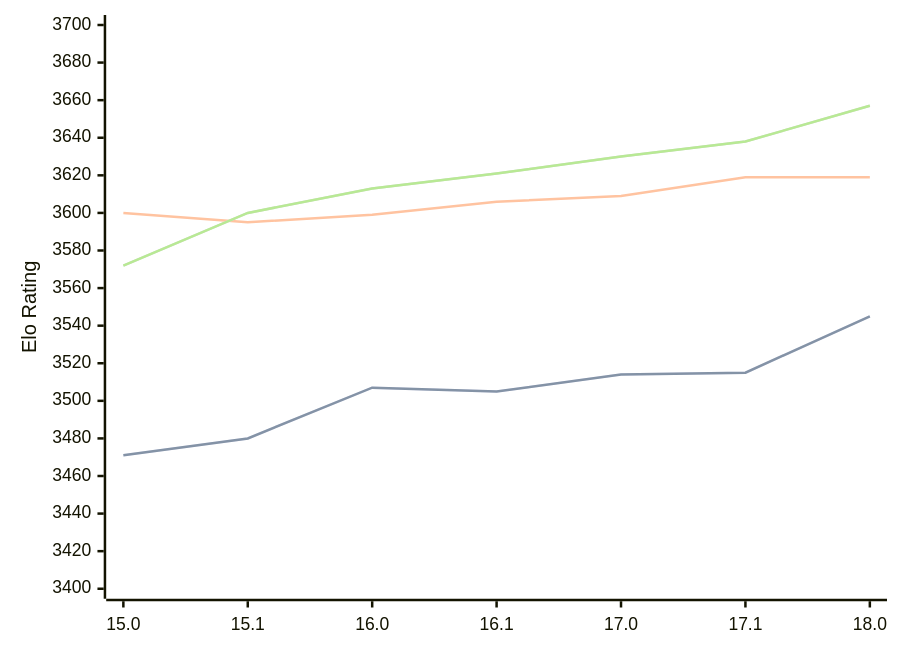
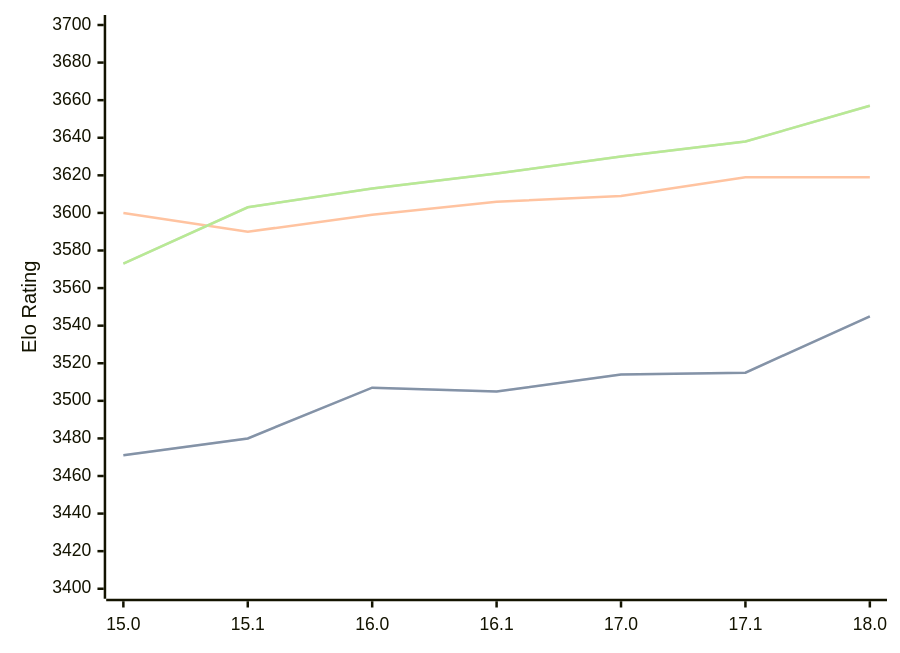
The diagram in engines/Stockfish.md (computer-chess-index/cci), drawn with Mermaid before and after one commit. The commit also changed other lines of this file, not shown here.

Commit message:
Update CCI Ratings (ELO VLTC) - 2026-02-15

````diff
--- a/engines/Stockfish.md
+++ b/engines/Stockfish.md
@@ -42,11 +42,11 @@
 ```mermaid
 %%{init: {"theme":"base","themeVariables":{"seriesColors:['#a3a3a3','#222221','#faa371']}}}%%
 xychart-beta
   x-axis ["15.0", "15.1", "16.0", "16.1", "17.0", "17.1", "18.0"]
   y-axis "Elo Rating" 3400 --> 3700
   line "STC (8.0+0.08s)" [3471, 3480, 3507, 3505, 3514, 3515, 3545]
   line "STC (8.0+0.08s)" [3471, 3480, 3507, 3505, 3514, 3515, 3545]
-  line "LTC (60.0+0.60s)" [3600, 3595, 3599, 3606, 3609, 3619, 3619]
-  line "VLTC (2m24s+1.12s)" [3572, 3600, 3613, 3621, 3630, 3638, 3657]
-  line "VLTC (2m24s+1.12s)" [3572, 3600, 3613, 3621, 3630, 3638, 3657]
+  line "LTC (60.0+0.60s)" [3600, 3590, 3599, 3606, 3609, 3619, 3619]
+  line "VLTC (2m24s+1.12s)" [3573, 3603, 3613, 3621, 3630, 3638, 3657]
+  line "VLTC (2m24s+1.12s)" [3573, 3603, 3613, 3621, 3630, 3638, 3657]
 ```
````
